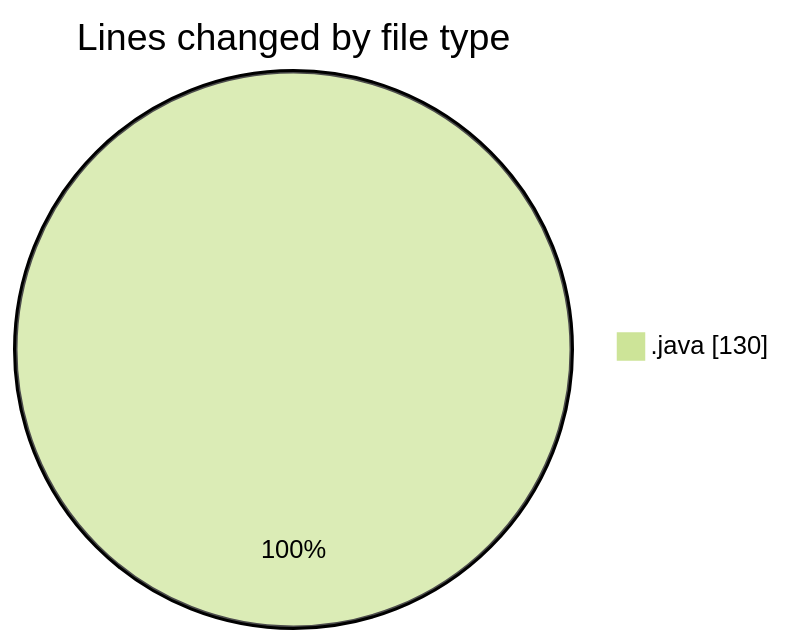
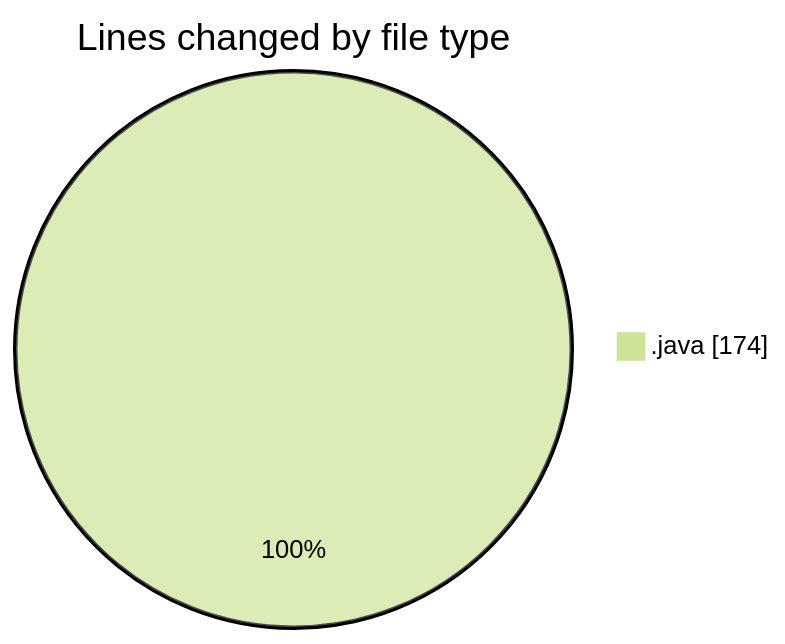
One commit to NitaiMahat/code-tracking changed the first of 2 diagrams in 2025-03-25/startfiles/README.md. Above: the diagram before and after it, drawn with Mermaid (forest theme). The commit also changed other lines of this file and 1 other file, not shown here.

````diff
--- a/2025-03-25/startfiles/README.md
+++ b/2025-03-25/startfiles/README.md
@@ -20,5 +21,5 @@
 ```mermaid
 pie showData
 title Lines changed by file type
-".java" : 130
+".java" : 174
 ```
````
